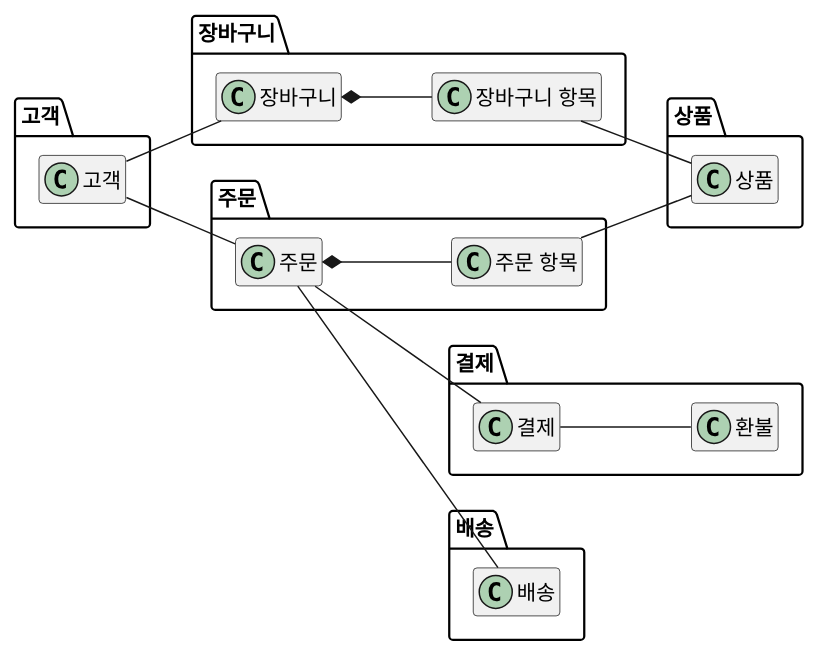
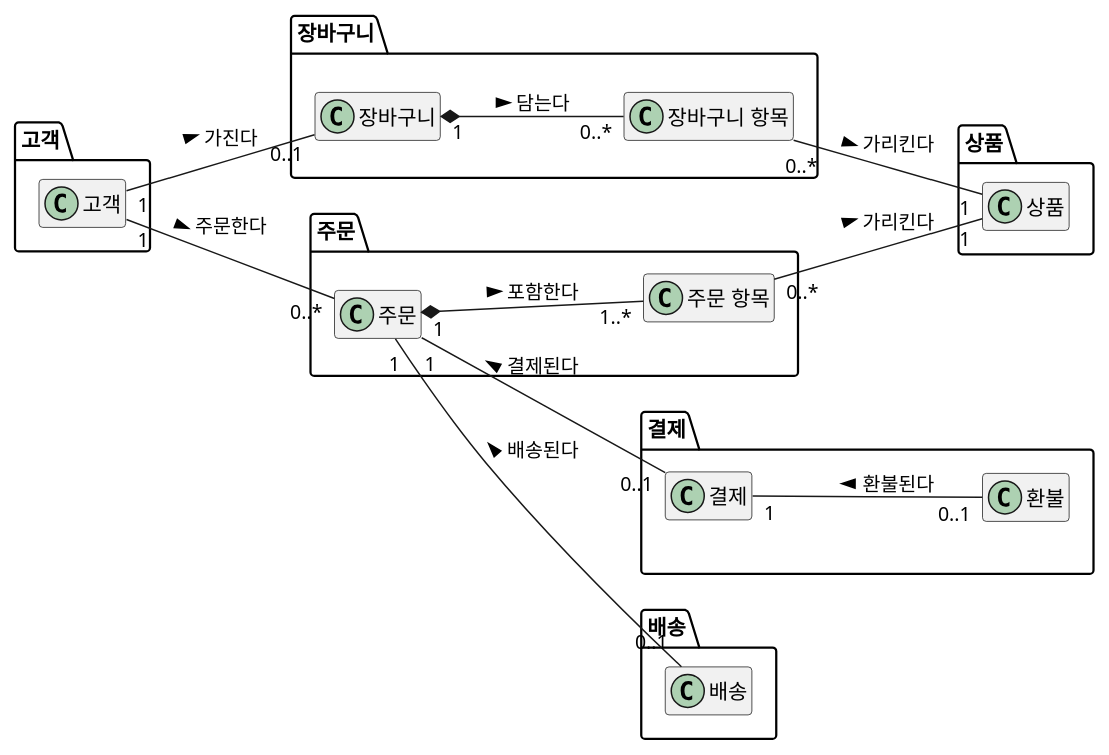
One commit to YoungSan77/TrainingMaterials changed diagram 28 of 31 in courses/ooad/sessions/s03.md. Above: the diagram before and after it, drawn with PlantUML. The commit also changed other lines of this file and 39 other files, not shown here.

````diff
--- a/courses/ooad/sessions/s03.md
+++ b/courses/ooad/sessions/s03.md
@@ -1976,36 +2010,36 @@
 ```plantuml:package
 @startuml
 hide empty members
 left to right direction
 package "고객" {
   class "고객" as Customer
 }
 package "장바구니" {
   class "장바구니" as Cart
   class "장바구니 항목" as CartItem
 }
 package "주문" {
   class "주문" as Order
   class "주문 항목" as OrderItem
 }
 package "상품" {
   class "상품" as Product
 }
 package "결제" {
   class "결제" as Payment
   class "환불" as Refund
 }
 package "배송" {
   class "배송" as Delivery
 }
-Customer -- Cart
-Cart *-- CartItem
-CartItem -- Product
-Customer -- Order
-Order *-- OrderItem
-OrderItem -- Product
-Order -- Payment
-Payment -- Refund
-Order -- Delivery
+Customer "1" -- "0..1" Cart : 가진다 >
+Cart "1" *-- "0..*" CartItem : 담는다 >
+CartItem "0..*" -- "1" Product : 가리킨다 >
+Customer "1" -- "0..*" Order : 주문한다 >
+Order "1" *-- "1..*" OrderItem : 포함한다 >
+OrderItem "0..*" -- "1" Product : 가리킨다 >
+Order "1" -- "0..1" Payment : 결제된다 <
+Payment "1" -- "0..1" Refund : 환불된다 <
+Order "1" -- "0..1" Delivery : 배송된다 <
 @enduml
 ```
````
